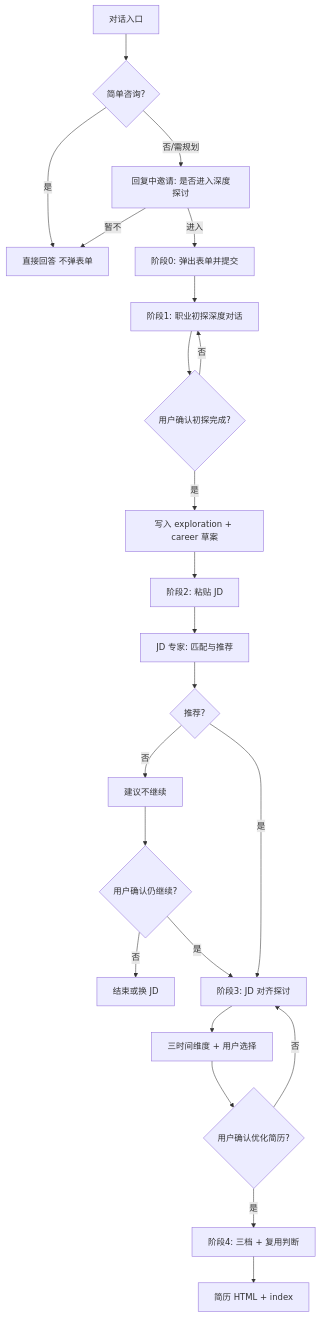
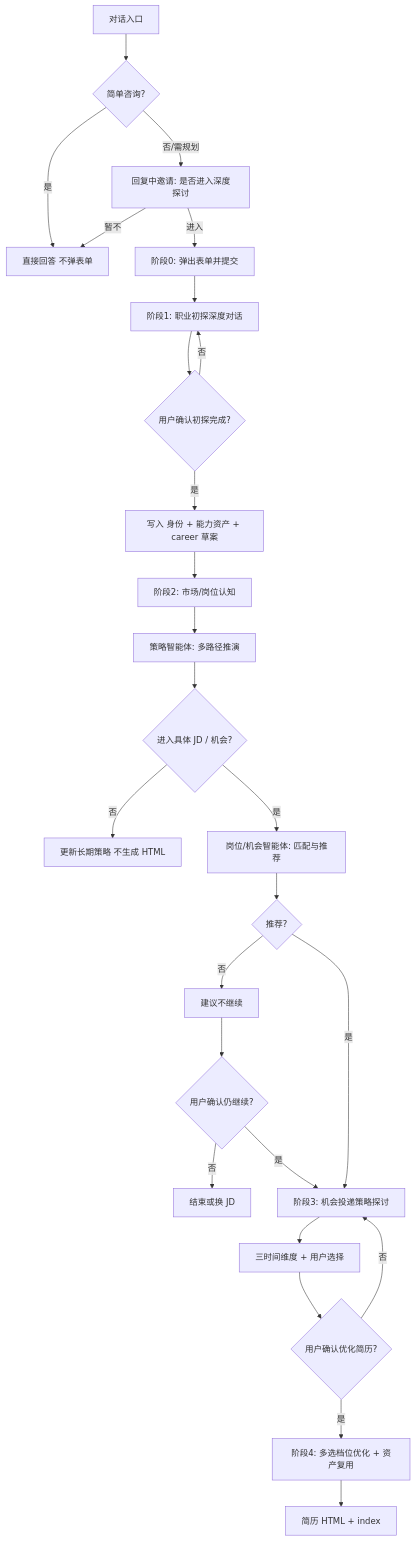
Before and after one commit to CatNum/AI-Optimized-Resume-V2: the second of 6 diagrams in docs/prd/career-planning-agent-prd.md, drawn with Mermaid. The commit also changed other lines of this file and 7 other files, not shown here.

````diff
--- a/docs/prd/career-planning-agent-prd.md
+++ b/docs/prd/career-planning-agent-prd.md
@@ -246,25 +393,28 @@
 ```mermaid
 flowchart TD
   Entry[对话入口] --> Simple{简单咨询?}
   Simple -->|是| Chat[直接回答 不弹表单]
   Simple -->|否/需规划| Invite[回复中邀请: 是否进入深度探讨]
   Invite -->|暂不| Chat
   Invite -->|进入| Form[阶段0: 弹出表单并提交]
   Form --> P1[阶段1: 职业初探深度对话]
   P1 --> P1End{用户确认初探完成?}
   P1End -->|否| P1
-  P1End -->|是| JSON1[写入 exploration + career 草案]
-  JSON1 --> P2[阶段2: 粘贴 JD]
-  P2 --> P2J[JD 专家: 匹配与推荐]
+  P1End -->|是| JSON1[写入 身份 + 能力资产 + career 草案]
+  JSON1 --> P2[阶段2: 市场/岗位认知]
+  P2 --> P2S[策略智能体: 多路径推演]
+  P2S --> NeedJD{进入具体 JD / 机会?}
+  NeedJD -->|否| PlanOnly[更新长期策略 不生成 HTML]
+  NeedJD -->|是| P2J[岗位/机会智能体: 匹配与推荐]
   P2J --> Gate{推荐?}
   Gate -->|否| Advise[建议不继续]
   Advise --> Override{用户确认仍继续?}
   Override -->|否| Stop[结束或换 JD]
   Override -->|是| P3
-  Gate -->|是| P3[阶段3: JD 对齐探讨]
+  Gate -->|是| P3[阶段3: 机会投递策略探讨]
   P3 --> P3Dim[三时间维度 + 用户选择]
   P3Dim --> P3Opt{用户确认优化简历?}
   P3Opt -->|否| P3
-  P3Opt -->|是| P4[阶段4: 三档 + 复用判断]
+  P3Opt -->|是| P4[阶段4: 多选档位优化 + 资产复用]
   P4 --> P4Out[简历 HTML + index]
 ```
````
